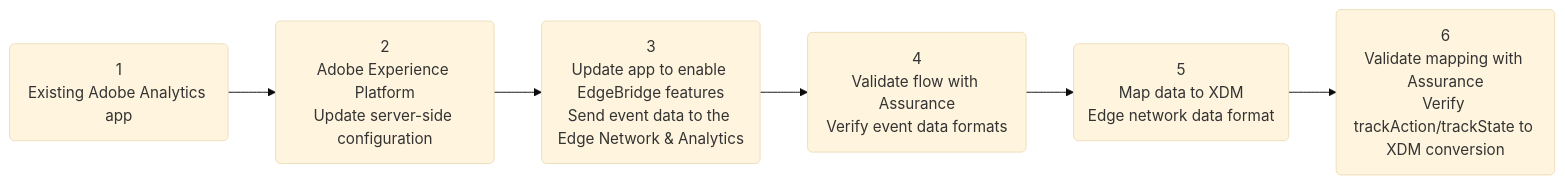
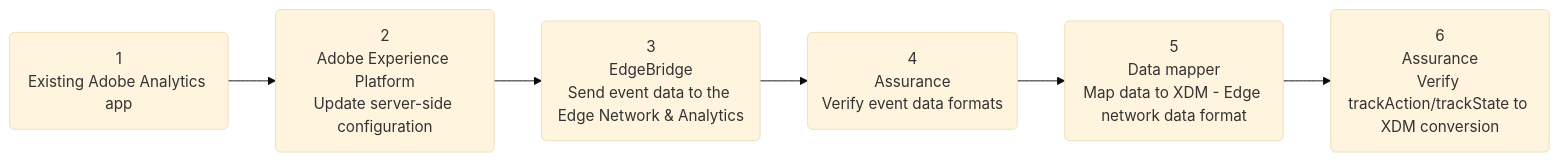
Before and after one commit to adobe/aepsdk-edgebridge-ios: the first of 2 diagrams in Documentation/tutorials/edge-bridge-tutorial.md, drawn with Mermaid (base theme). The commit also changed other lines of this file, not shown here.

Commit message:
Simplify EdgeBridge diagram

````diff
--- a/Documentation/tutorials/edge-bridge-tutorial.md
+++ b/Documentation/tutorials/edge-bridge-tutorial.md
@@ -24,9 +24,9 @@
 ```mermaid
 graph LR;
     step1(1<br/>Existing Adobe Analytics app) -->
     step2(2<br/>Adobe Experience Platform<br/>Update server-side configuration) --> 
-    step3(3<br/>Update app to enable EdgeBridge features<br/>Send event data to the Edge Network & Analytics) --> 
-    step4(4<br/>Validate flow with Assurance<br/>Verify event data formats) -->
-    step5(5<br/>Map data to XDM<br/>Edge network data format) -->
-    step6(6<br/>Validate mapping with Assurance<br/>Verify trackAction/trackState to XDM conversion)
+    step3(3<br/>EdgeBridge<br/>Send event data to the Edge Network & Analytics) --> 
+    step4(4<br/>Assurance<br/>Verify event data formats) -->
+    step5(5<br/>Data mapper<br/>Map data to XDM - Edge network data format) -->
+    step6(6<br/>Assurance<br/>Verify trackAction/trackState to XDM conversion)
 ```
````
